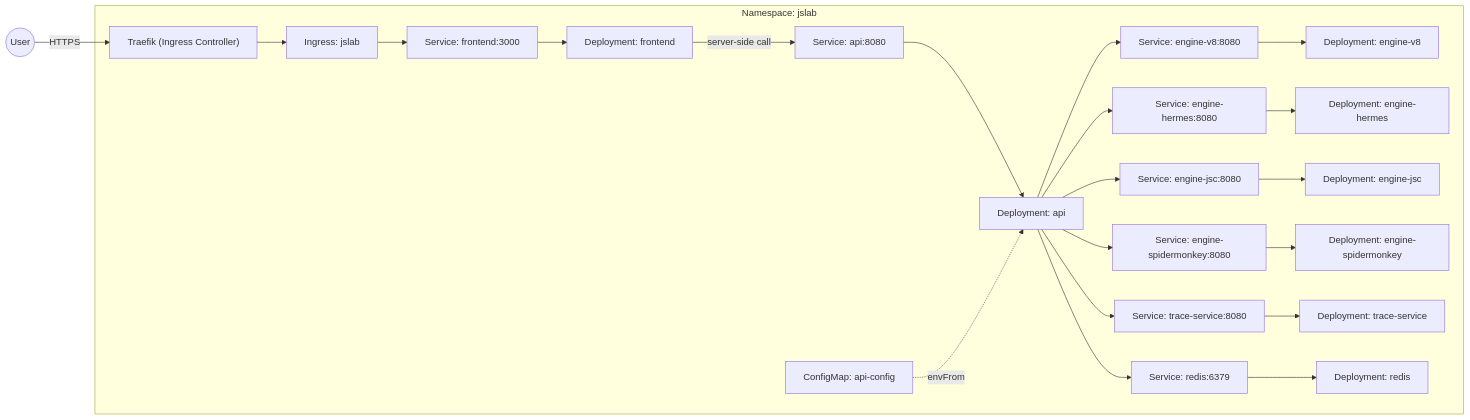
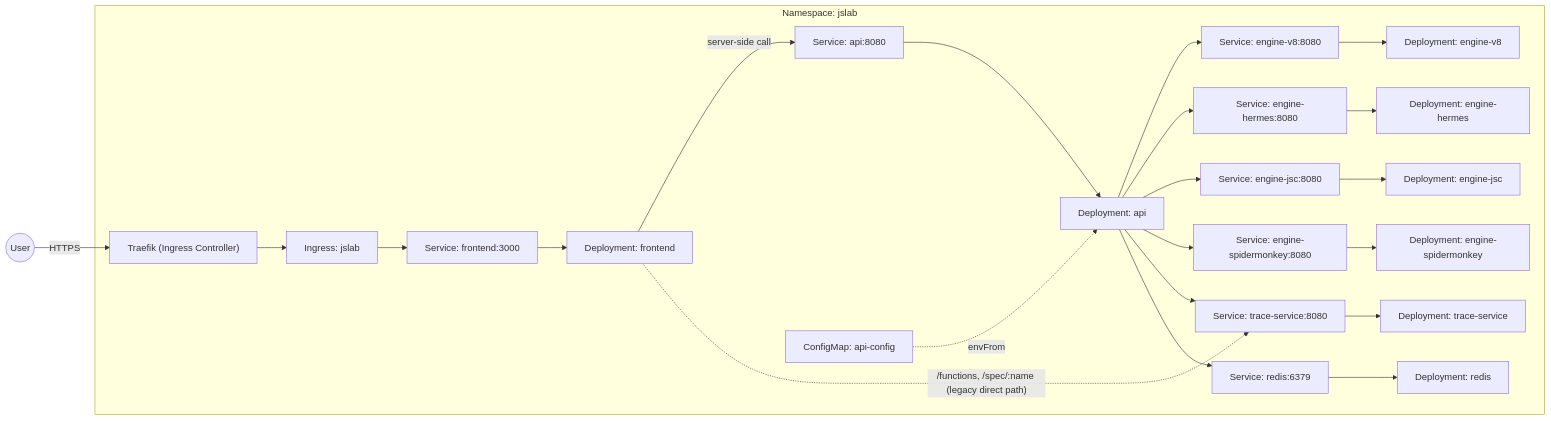
The first of 2 diagrams in docs/infra.md (pavlof01/jslab), drawn with Mermaid before and after one commit. The commit also changed other lines of this file and 13 other files, not shown here.

````diff
--- a/docs/infra.md
+++ b/docs/infra.md
@@ -20,46 +26,47 @@
 ```mermaid
 flowchart LR
   user((User))
 
   subgraph ns[Namespace: jslab]
     traefik["Traefik (Ingress Controller)"]
     ing[Ingress: jslab]
 
     svc_front[Service: frontend:3000]
     dep_front[Deployment: frontend]
 
     svc_api[Service: api:8080]
     dep_api[Deployment: api]
 
     svc_v8[Service: engine-v8:8080]
     dep_v8[Deployment: engine-v8]
 
     svc_hermes[Service: engine-hermes:8080]
     dep_hermes[Deployment: engine-hermes]
 
     svc_jsc[Service: engine-jsc:8080]
     dep_jsc[Deployment: engine-jsc]
 
     svc_sm[Service: engine-spidermonkey:8080]
     dep_sm[Deployment: engine-spidermonkey]
 
     svc_trace[Service: trace-service:8080]
     dep_trace[Deployment: trace-service]
 
     svc_redis[Service: redis:6379]
     dep_redis[Deployment: redis]
 
     cm_api[ConfigMap: api-config]
   end
 
   user -->|HTTPS| traefik --> ing --> svc_front --> dep_front
   dep_front -->|server-side call| svc_api --> dep_api
+  dep_front -.->|"/functions, /spec/:name (legacy direct path)"| svc_trace
   dep_api --> svc_v8 --> dep_v8
   dep_api --> svc_hermes --> dep_hermes
   dep_api --> svc_jsc --> dep_jsc
   dep_api --> svc_sm --> dep_sm
   dep_api --> svc_trace --> dep_trace
   dep_api --> svc_redis --> dep_redis
 
   cm_api -. envFrom .-> dep_api
 ```
````
